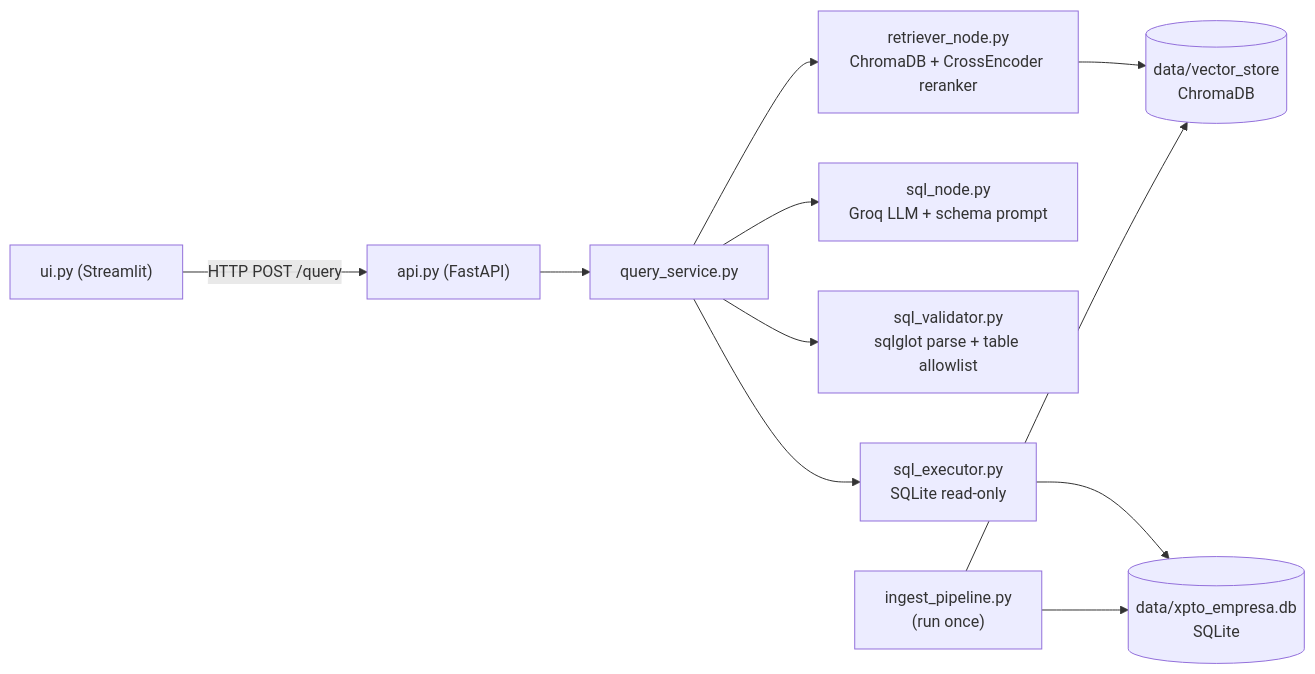
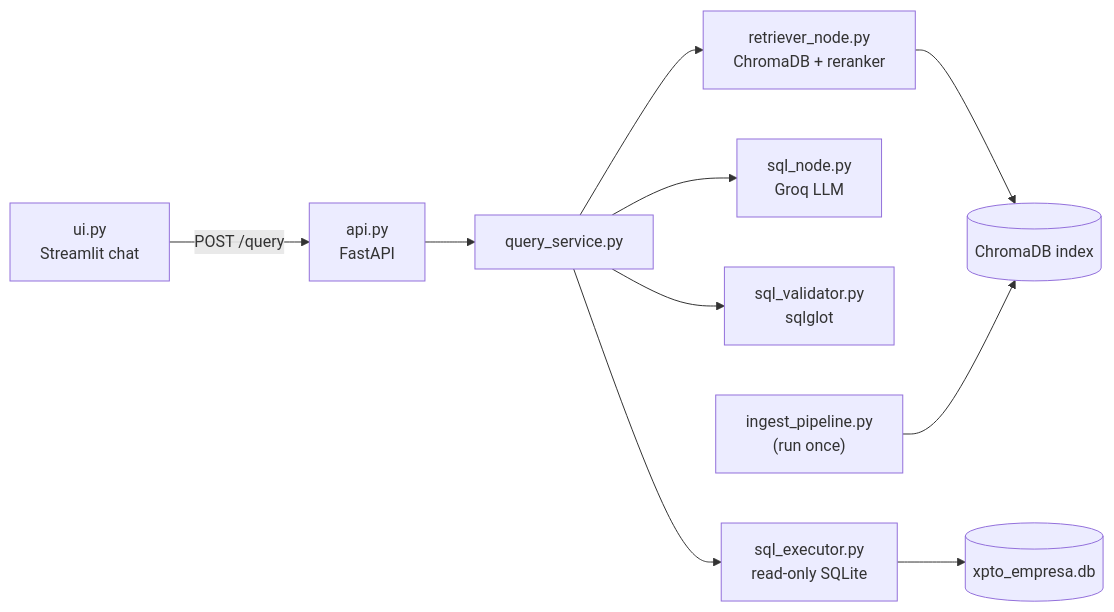
One commit to prachichoudhary2004/Ask-Your-Data changed the diagram in README.md. Above: the diagram before and after it, drawn with Mermaid. The commit also changed other lines of this file, not shown here.

Commit message:
Add README, decisions log, flow and resume facts

````diff
--- a/README.md
+++ b/README.md
@@ -41,13 +24,12 @@
 ```mermaid
 flowchart LR
-    U["ui.py (Streamlit)"] -->|HTTP POST /query| A["api.py (FastAPI)"]
+    U["ui.py<br/>Streamlit chat"] -->|POST /query| A["api.py<br/>FastAPI"]
     A --> QS["query_service.py"]
-    QS --> RN["retriever_node.py\nChromaDB + CrossEncoder reranker"]
-    QS --> SN["sql_node.py\nGroq LLM + schema prompt"]
-    QS --> SV["sql_validator.py\nsqlglot parse + table allowlist"]
-    QS --> SE["sql_executor.py\nSQLite read-only"]
-    SE --> DB[("data/xpto_empresa.db\nSQLite")]
-    RN --> VS[("data/vector_store\nChromaDB")]
-    IP["ingest_pipeline.py\n(run once)"] --> VS
-    IP --> DB
+    QS --> RN["retriever_node.py<br/>ChromaDB + reranker"]
+    QS --> SN["sql_node.py<br/>Groq LLM"]
+    QS --> SV["sql_validator.py<br/>sqlglot"]
+    QS --> SE["sql_executor.py<br/>read-only SQLite"]
+    SE --> DB[("xpto_empresa.db")]
+    RN --> VS[("ChromaDB index")]
+    IP["ingest_pipeline.py<br/>(run once)"] --> VS
 ```
````
